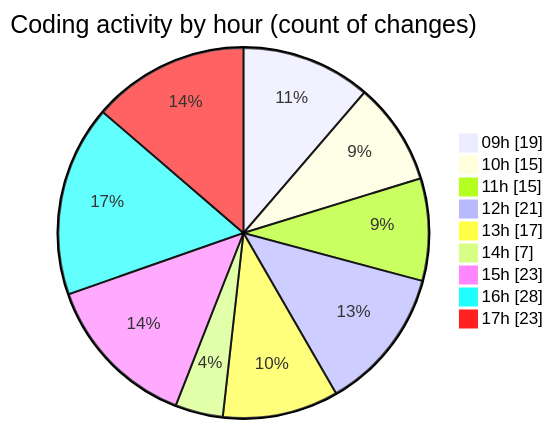
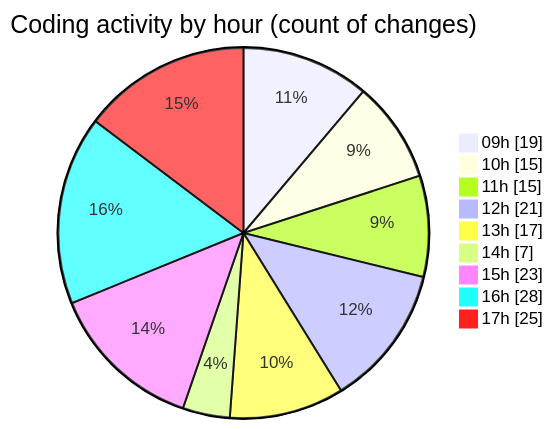
One commit to momahboobian/code-tracking changed the second of 2 diagrams in 2025-09-05/cda/README.md. Above: the diagram before and after it, drawn with Mermaid. The commit also changed other lines of this file and 1 other file, not shown here.

````diff
--- a/2025-09-05/cda/README.md
+++ b/2025-09-05/cda/README.md
@@ -37,13 +37,13 @@
 ```mermaid
 pie showData
 title Coding activity by hour (count of changes)
 "09h" : 19
 "10h" : 15
 "11h" : 15
 "12h" : 21
 "13h" : 17
 "14h" : 7
 "15h" : 23
 "16h" : 28
-"17h" : 23
+"17h" : 25
 ```
````
